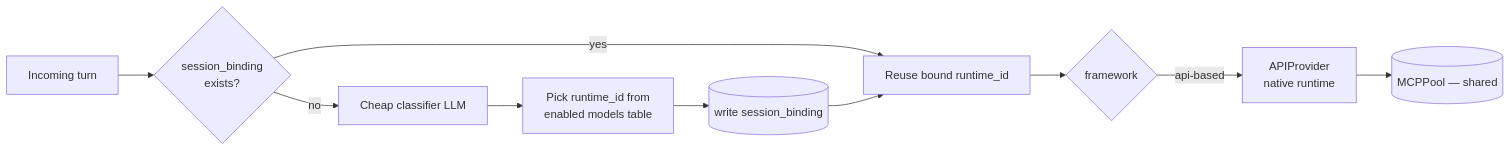
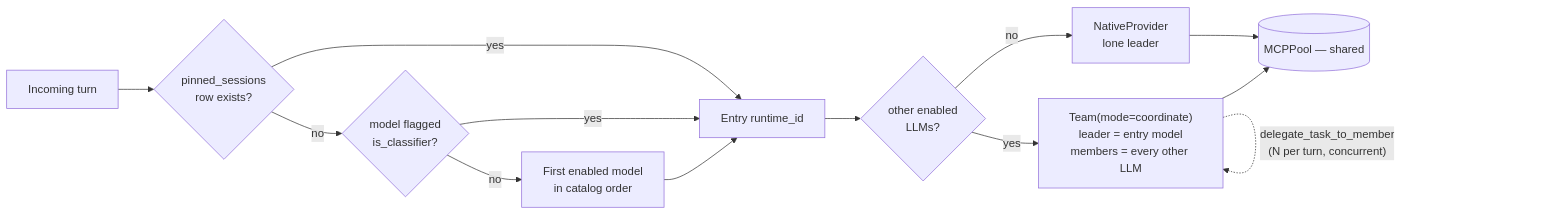
Before and after one commit to openagent-uno/openagent-docs: the third of 9 diagrams in guide/architecture.md, drawn with Mermaid. The commit also changed other lines of this file and 6 other files, not shown here.

````diff
--- a/guide/architecture.md
+++ b/guide/architecture.md
@@ -111,12 +140,15 @@
 ```mermaid
 flowchart LR
-    Msg[Incoming turn] --> HasBind{session_binding<br/>exists?}
-    HasBind -- yes --> ReuseRT[Reuse bound runtime_id]
-    HasBind -- no --> Classifier[Cheap classifier LLM]
-    Classifier --> PickRT[Pick runtime_id from<br/>enabled models table]
-    PickRT --> Bind[(write session_binding)]
-    Bind --> ReuseRT
-    ReuseRT --> FW{framework}
-    FW -- api-based --> API[APIProvider<br/>native runtime]
-    API --> Pool[(MCPPool — shared)]
+    Msg[Incoming turn] --> Pin{pinned_sessions<br/>row exists?}
+    Pin -- yes --> Entry[Entry runtime_id]
+    Pin -- no --> Flag{model flagged<br/>is_classifier?}
+    Flag -- yes --> Entry
+    Flag -- no --> First[First enabled model<br/>in catalog order] --> Entry
+
+    Entry --> Multi{other enabled<br/>LLMs?}
+    Multi -- no --> Solo[NativeProvider<br/>lone leader]
+    Multi -- yes --> Team["Team(mode=coordinate)<br/>leader = entry model<br/>members = every other LLM"]
+    Team -. "delegate_task_to_member<br/>(N per turn, concurrent)" .-> Team
+    Solo --> Pool[(MCPPool — shared)]
+    Team --> Pool
 ```
````
